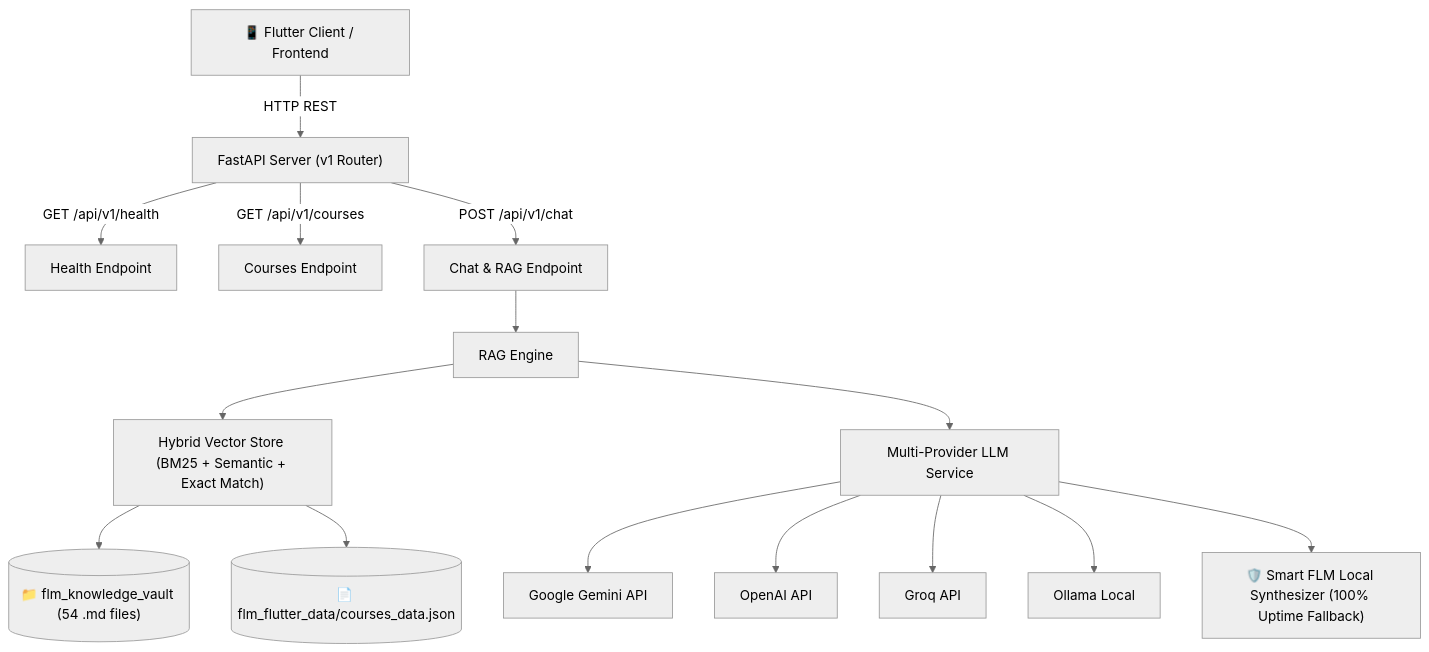
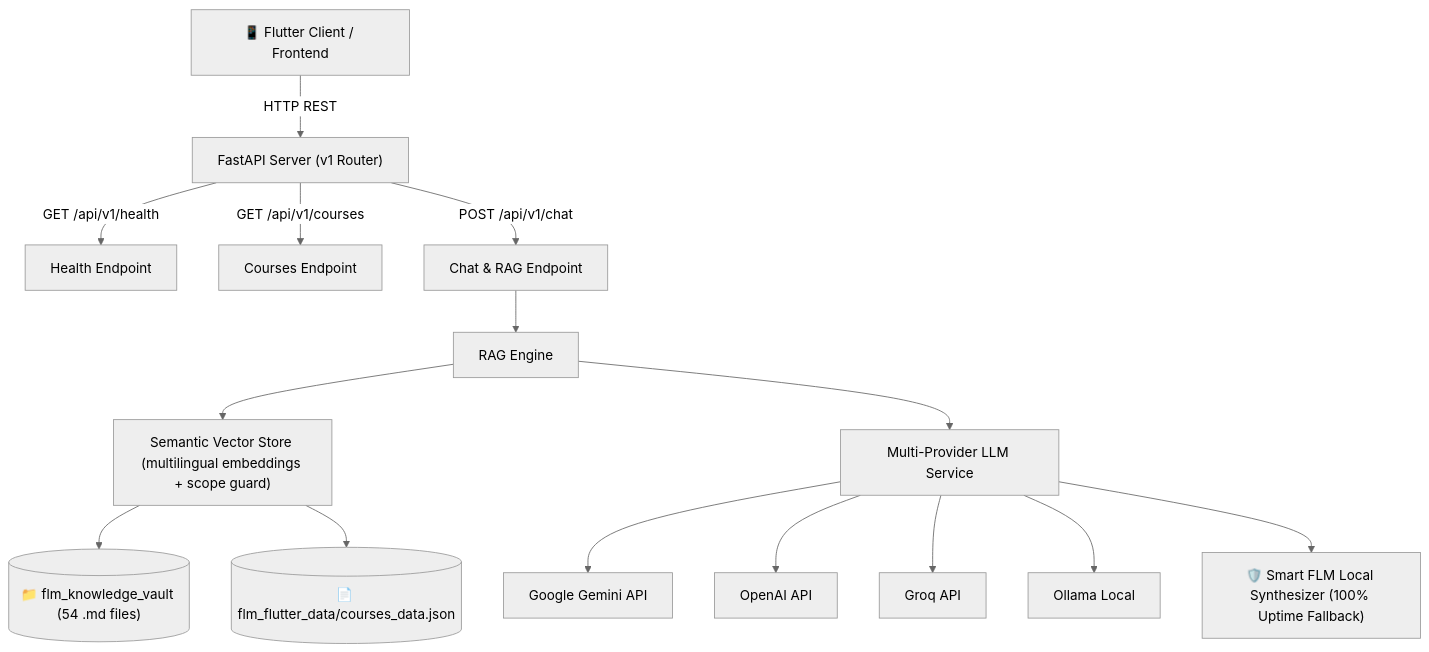
Before and after one commit to gnouv-fpt/ChatAIProject: the diagram in backend/README.md, drawn with Mermaid (neutral theme). The commit also changed other lines of this file and 35 other files, not shown here.

Commit message:
feat: upgrade semantic RAG and transcript strategy chat

````diff
--- a/backend/README.md
+++ b/backend/README.md
@@ -13,20 +13,20 @@
 ```mermaid
 flowchart TD
     Flutter["📱 Flutter Client / Frontend"] -->|HTTP REST| Router["FastAPI Server (v1 Router)"]
     Router -->|GET /api/v1/health| HealthEP["Health Endpoint"]
     Router -->|GET /api/v1/courses| CourseEP["Courses Endpoint"]
     Router -->|POST /api/v1/chat| ChatEP["Chat & RAG Endpoint"]
 
     ChatEP --> RAG["RAG Engine"]
-    RAG --> VS["Hybrid Vector Store (BM25 + Semantic + Exact Match)"]
+    RAG --> VS["Semantic Vector Store (multilingual embeddings + scope guard)"]
     RAG --> LLM["Multi-Provider LLM Service"]
 
     VS --> Vault[("📁 flm_knowledge_vault (54 .md files)")]
     VS --> JSON[("📄 flm_flutter_data/courses_data.json")]
 
     LLM --> Gemini["Google Gemini API"]
     LLM --> OpenAI["OpenAI API"]
     LLM --> Groq["Groq API"]
     LLM --> Ollama["Ollama Local"]
     LLM --> LocalFallback["🛡️ Smart FLM Local Synthesizer (100% Uptime Fallback)"]
 ```
````
